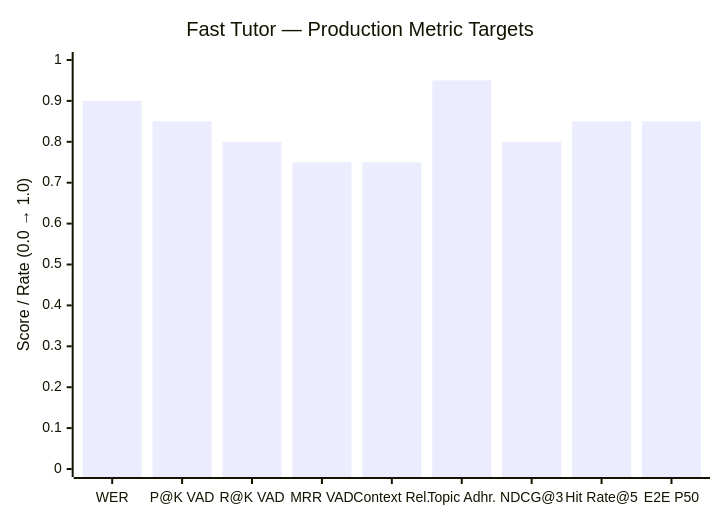
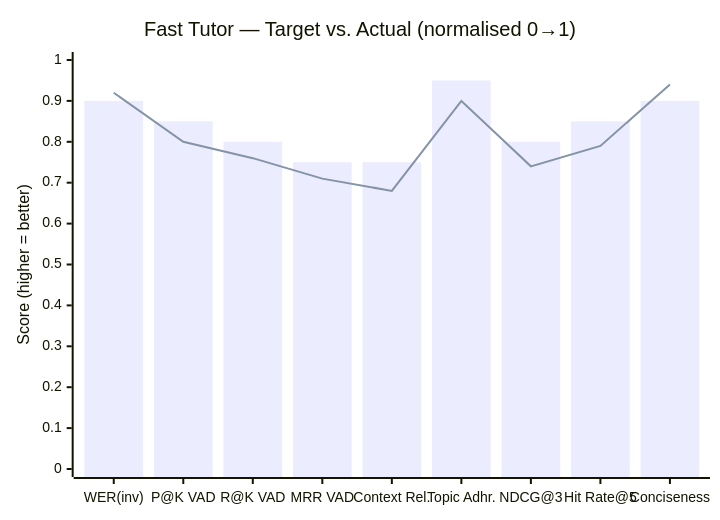
The second of 2 diagrams in evaluation_metrics.md (harb993/Fast_tutor), drawn with Mermaid before and after one commit. The commit also changed other lines of this file, not shown here.

````diff
--- a/evaluation_metrics.md
+++ b/evaluation_metrics.md
@@ -299,7 +305,8 @@
 ```mermaid
 xychart-beta
-    title "Fast Tutor — Production Metric Targets"
-    x-axis ["WER", "P@K VAD", "R@K VAD", "MRR VAD", "Context Rel.", "Topic Adhr.", "NDCG@3", "Hit Rate@5", "E2E P50"]
-    y-axis "Score / Rate (0.0 → 1.0)" 0 --> 1
-    bar  [0.90, 0.85, 0.80, 0.75, 0.75, 0.95, 0.80, 0.85, 0.85]
+    title "Fast Tutor — Target vs. Actual (normalised 0→1)"
+    x-axis ["WER(inv)", "P@K VAD", "R@K VAD", "MRR VAD", "Context Rel.", "Topic Adhr.", "NDCG@3", "Hit Rate@5", "Conciseness"]
+    y-axis "Score (higher = better)" 0 --> 1
+    bar  [0.90, 0.85, 0.80, 0.75, 0.75, 0.95, 0.80, 0.85, 0.90]
+    line [0.92, 0.80, 0.76, 0.71, 0.68, 0.90, 0.74, 0.79, 0.94]
 ```
````
